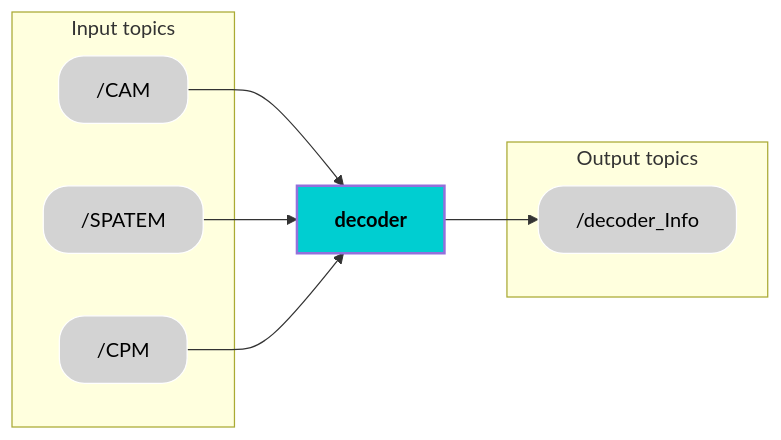
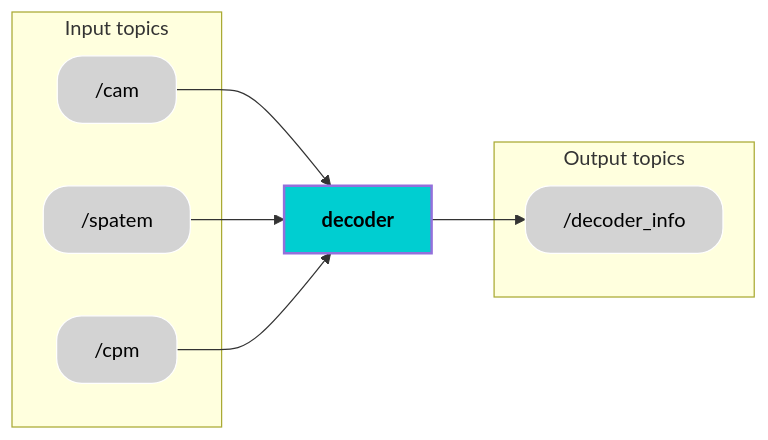
The diagram in README.md (PaxAuto/decoder), drawn with Mermaid before and after one commit. The commit also changed other lines of this file, not shown here.

````diff
--- a/README.md
+++ b/README.md
@@ -19,40 +19,40 @@
 ```mermaid
 graph LR
     %% Input Topics
     subgraph Input topics
-        EVSEAL["/CAM"]:::grayEllipse
-        MS["/SPATEM"]:::grayEllipse
-        VCU["/CPM"]:::grayEllipse
+        EVSEAL["/cam"]:::grayEllipse
+        MS["/spatem"]:::grayEllipse
+        VCU["/cpm"]:::grayEllipse
     end
 
     %% Component
     EM["decoder"]:::cyanEllipse
 
     %% Connections
     EVSEAL --> EM
     MS --> EM
     VCU --> EM
     EM --> DC
 
     %% Output Topics
     subgraph Output topics
-        DC["/decoder_Info"]:::grayEllipse
+        DC["/decoder_info"]:::grayEllipse
     end
 
     %% Ellipse shape styling
     classDef soft_rectangle stroke:#FFFFFF,rx:20,ry:20;
     classDef component font-weight:bold,stroke-width:2px;
 
     %% Colors
     classDef cyanEllipse fill:#00CED1, color:#000000;                                                                                           
     classDef grayEllipse fill:#D3D3D3, color:#000000;
 
     %% Apply shapes
     class EVSEAL soft_rectangle;
     class MS soft_rectangle;
     class VCU soft_rectangle;
     class DC soft_rectangle;
     class EM component;
 
    
 ```
````
